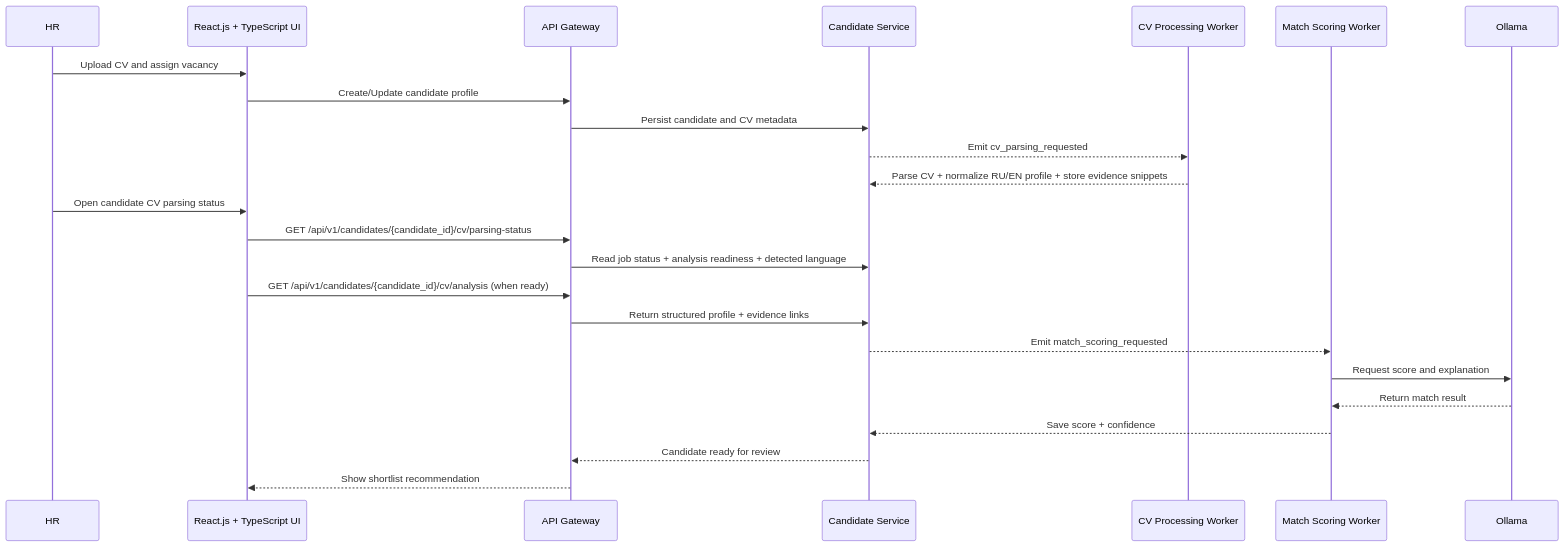
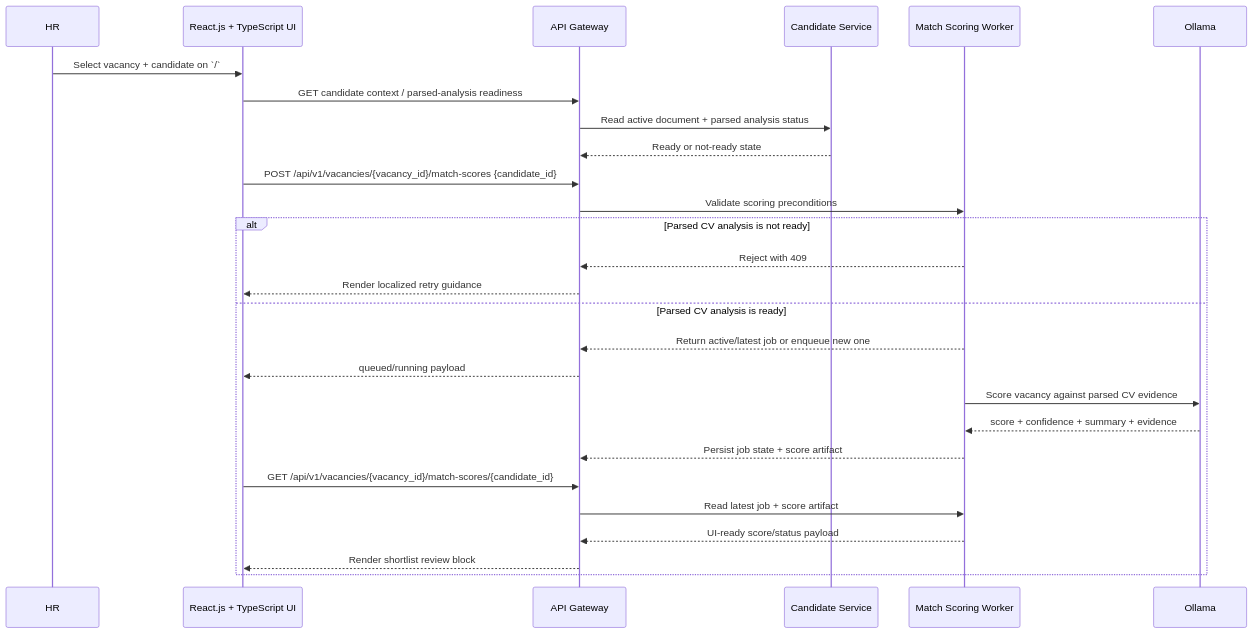
Before and after one commit to RubiFoc/hrm: the fourth of 17 diagrams in docs/architecture/diagrams.md, drawn with Mermaid. The commit also changed other lines of this file and 39 other files, not shown here.

````diff
--- a/docs/architecture/diagrams.md
+++ b/docs/architecture/diagrams.md
@@ -144,27 +151,30 @@
 ```mermaid
 sequenceDiagram
   participant HR as HR
   participant UI as React.js + TypeScript UI
   participant API as API Gateway
   participant CAND as Candidate Service
-  participant CV as CV Processing Worker
   participant SCORE as Match Scoring Worker
   participant OLL as Ollama
 
-  HR->>UI: Upload CV and assign vacancy
-  UI->>API: Create/Update candidate profile
-  API->>CAND: Persist candidate and CV metadata
-  CAND-->>CV: Emit cv_parsing_requested
-  CV-->>CAND: Parse CV + normalize RU/EN profile + store evidence snippets
-  HR->>UI: Open candidate CV parsing status
-  UI->>API: GET /api/v1/candidates/{candidate_id}/cv/parsing-status
-  API->>CAND: Read job status + analysis readiness + detected language
-  UI->>API: GET /api/v1/candidates/{candidate_id}/cv/analysis (when ready)
-  API->>CAND: Return structured profile + evidence links
-  CAND-->>SCORE: Emit match_scoring_requested
-  SCORE->>OLL: Request score and explanation
-  OLL-->>SCORE: Return match result
-  SCORE-->>CAND: Save score + confidence
-  CAND-->>API: Candidate ready for review
-  API-->>UI: Show shortlist recommendation
+  HR->>UI: Select vacancy + candidate on `/`
+  UI->>API: GET candidate context / parsed-analysis readiness
+  API->>CAND: Read active document + parsed analysis status
+  CAND-->>API: Ready or not-ready state
+  UI->>API: POST /api/v1/vacancies/{vacancy_id}/match-scores {candidate_id}
+  API->>SCORE: Validate scoring preconditions
+  alt Parsed CV analysis is not ready
+    SCORE-->>API: Reject with 409
+    API-->>UI: Render localized retry guidance
+  else Parsed CV analysis is ready
+    SCORE-->>API: Return active/latest job or enqueue new one
+    API-->>UI: queued/running payload
+    SCORE->>OLL: Score vacancy against parsed CV evidence
+    OLL-->>SCORE: score + confidence + summary + evidence
+    SCORE-->>API: Persist job state + score artifact
+    UI->>API: GET /api/v1/vacancies/{vacancy_id}/match-scores/{candidate_id}
+    API->>SCORE: Read latest job + score artifact
+    SCORE-->>API: UI-ready score/status payload
+    API-->>UI: Render shortlist review block
+  end
 ```
````
